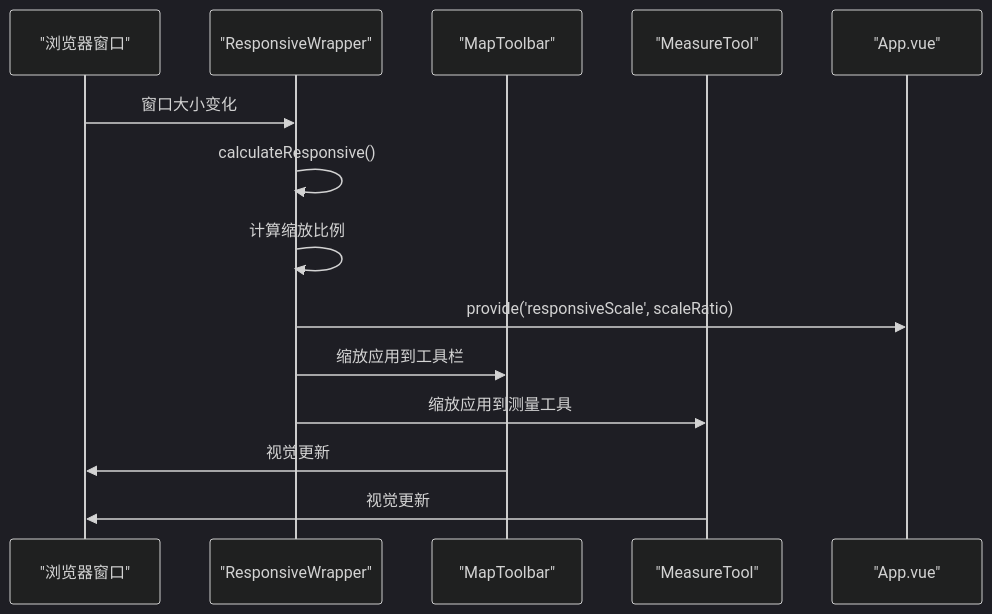
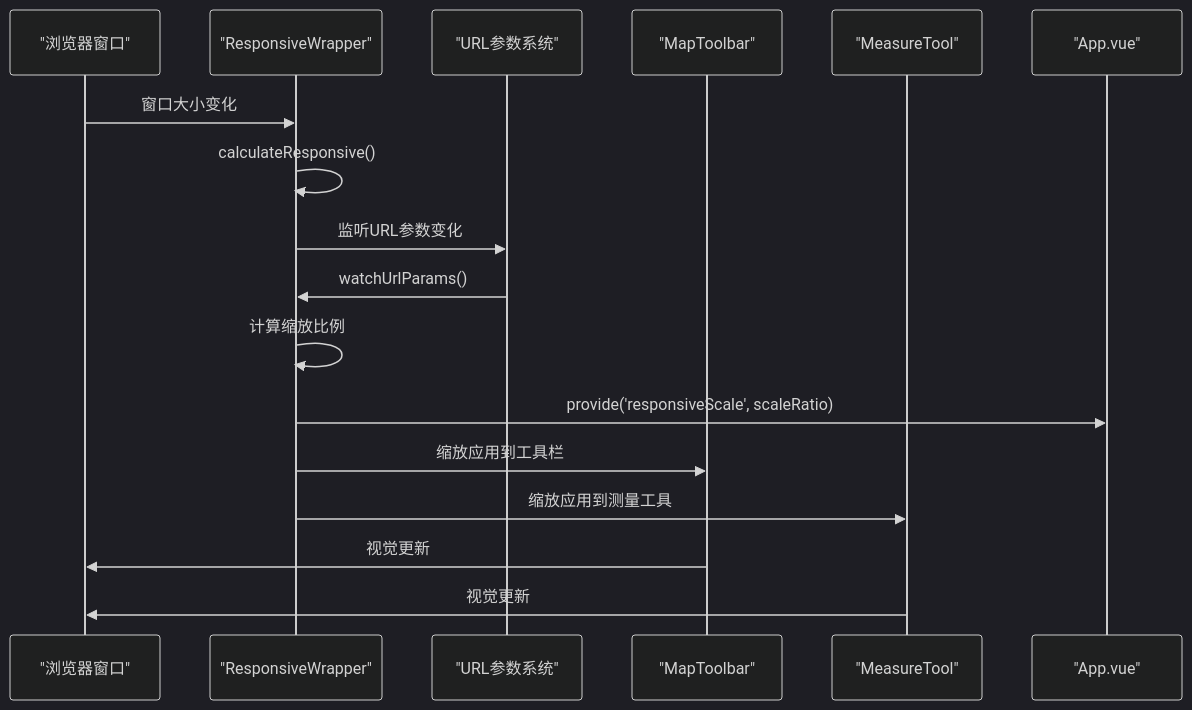
Before and after one commit to zhibo1997/government-dashboard: the third of 13 diagrams in .qoder/repowiki/zh/content/核心组件架构/响应式包装器.md, drawn with Mermaid (dark theme). The commit also changed other lines of this file and 28 other files, not shown here.

````diff
--- a/.qoder/repowiki/zh/content/核心组件架构/响应式包装器.md
+++ b/.qoder/repowiki/zh/content/核心组件架构/响应式包装器.md
@@ -139,16 +159,19 @@
 ```mermaid
 sequenceDiagram
 participant Browser as "浏览器窗口"
 participant Wrapper as "ResponsiveWrapper"
+participant URL as "URL参数系统"
 participant Toolbar as "MapToolbar"
 participant Measure as "MeasureTool"
 participant App as "App.vue"
 Browser->>Wrapper : 窗口大小变化
 Wrapper->>Wrapper : calculateResponsive()
+Wrapper->>URL : 监听URL参数变化
+URL->>Wrapper : watchUrlParams()
 Wrapper->>Wrapper : 计算缩放比例
 Wrapper->>App : provide('responsiveScale', scaleRatio)
 Wrapper->>Toolbar : 缩放应用到工具栏
 Wrapper->>Measure : 缩放应用到测量工具
 Toolbar->>Browser : 视觉更新
 Measure->>Browser : 视觉更新
 ```
````
